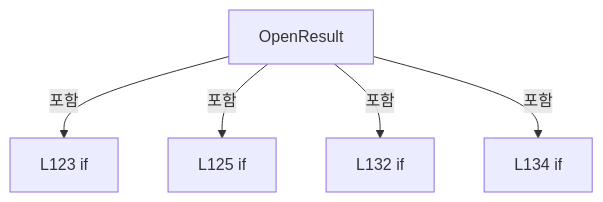
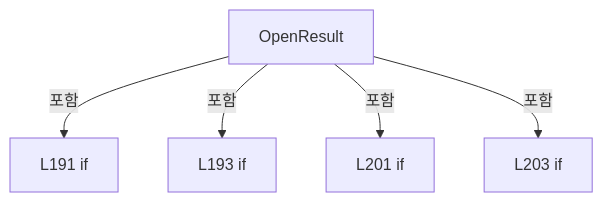
Before and after one commit to kjuws10-rgb/Shared: the fourth of 14 diagrams in A3 LD Code Ref/files/Drilling.UI/Menu/Menus/CMenuCorrection.ReviewData.cs.md, drawn with Mermaid. The commit also changed other lines of this file and 2071 other files, not shown here.

Commit message:
docs(a3): update 11.19.0 architecture and code reference

````diff
--- a/A3 LD Code Ref/files/Drilling.UI/Menu/Menus/CMenuCorrection.ReviewData.cs.md
+++ b/A3 LD Code Ref/files/Drilling.UI/Menu/Menus/CMenuCorrection.ReviewData.cs.md
@@ -1287,12 +1597,12 @@
 ```mermaid
 flowchart TD
  M["OpenResult"]
- N0["L123 if"]
+ N0["L191 if"]
  M -->|포함| N0
- N1["L125 if"]
+ N1["L193 if"]
  M -->|포함| N1
- N2["L132 if"]
+ N2["L201 if"]
  M -->|포함| N2
- N3["L134 if"]
+ N3["L203 if"]
  M -->|포함| N3
 ```
````
